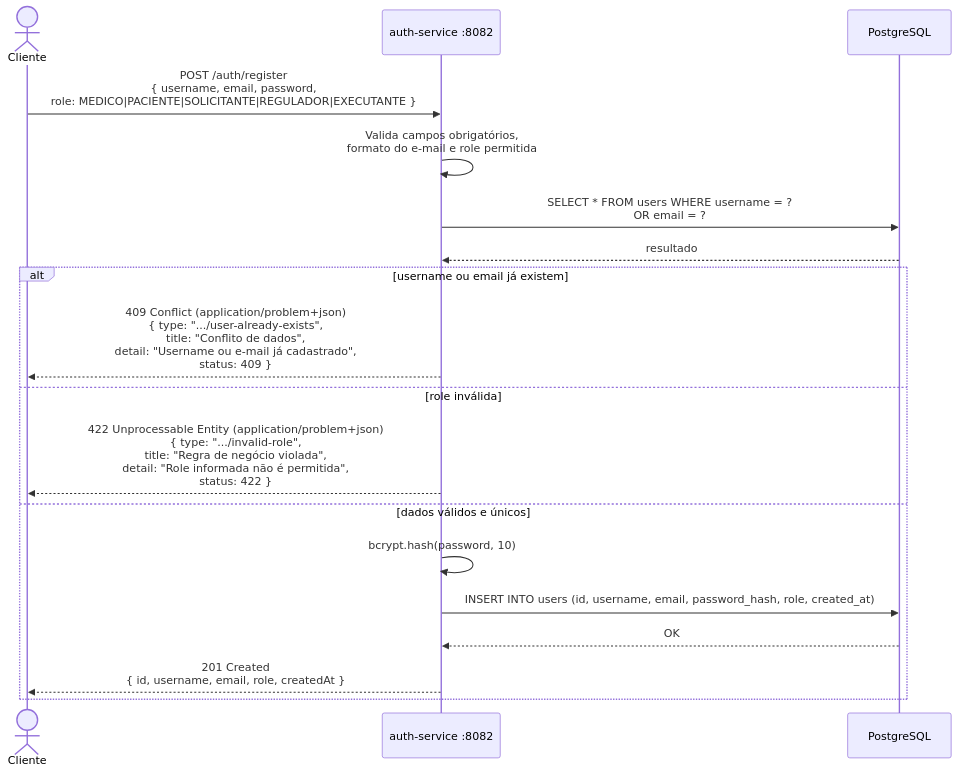
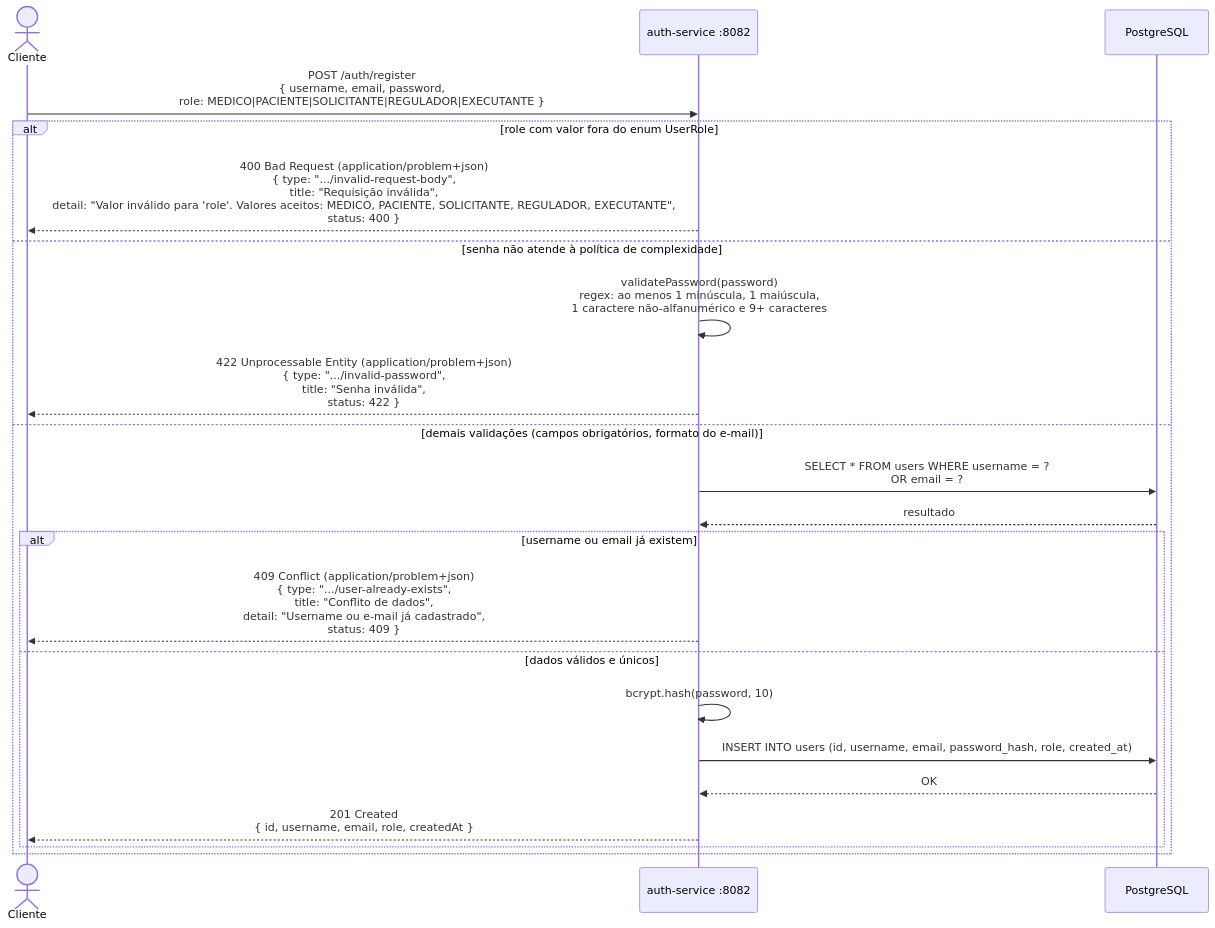
One commit to LucasBruner/Morbus changed the first of 13 diagrams in docs/sequencias-diagrama.md. Above: the diagram before and after it, drawn with Mermaid. The commit also changed other lines of this file and 235 other files, not shown here.

````diff
--- a/docs/sequencias-diagrama.md
+++ b/docs/sequencias-diagrama.md
@@ -24,24 +24,27 @@
 ```mermaid
 sequenceDiagram
     actor Cliente
     participant AuthService as auth-service :8082
     participant DB as PostgreSQL
 
     Cliente->>AuthService: POST /auth/register<br/>{ username, email, password,<br/>role: MEDICO|PACIENTE|SOLICITANTE|REGULADOR|EXECUTANTE }
 
-    AuthService->>AuthService: Valida campos obrigatórios,<br/>formato do e-mail e role permitida
+    alt role com valor fora do enum UserRole
+        AuthService-->>Cliente: 400 Bad Request (application/problem+json)<br/>{ type: ".../invalid-request-body",<br/>title: "Requisição inválida",<br/>detail: "Valor inválido para 'role'. Valores aceitos: MEDICO, PACIENTE, SOLICITANTE, REGULADOR, EXECUTANTE",<br/>status: 400 }
+    else senha não atende à política de complexidade
+        AuthService->>AuthService: validatePassword(password)<br/>regex: ao menos 1 minúscula, 1 maiúscula,<br/>1 caractere não-alfanumérico e 9+ caracteres
+        AuthService-->>Cliente: 422 Unprocessable Entity (application/problem+json)<br/>{ type: ".../invalid-password",<br/>title: "Senha inválida",<br/>status: 422 }
+    else demais validações (campos obrigatórios, formato do e-mail)
+        AuthService->>DB: SELECT * FROM users WHERE username = ?<br/>OR email = ?
+        DB-->>AuthService: resultado
 
-    AuthService->>DB: SELECT * FROM users WHERE username = ?<br/>OR email = ?
-    DB-->>AuthService: resultado
-
-    alt username ou email já existem
-        AuthService-->>Cliente: 409 Conflict (application/problem+json)<br/>{ type: ".../user-already-exists",<br/>title: "Conflito de dados",<br/>detail: "Username ou e-mail já cadastrado",<br/>status: 409 }
-    else role inválida
-        AuthService-->>Cliente: 422 Unprocessable Entity (application/problem+json)<br/>{ type: ".../invalid-role",<br/>title: "Regra de negócio violada",<br/>detail: "Role informada não é permitida",<br/>status: 422 }
-    else dados válidos e únicos
-        AuthService->>AuthService: bcrypt.hash(password, 10)
-        AuthService->>DB: INSERT INTO users (id, username, email, password_hash, role, created_at)
-        DB-->>AuthService: OK
-        AuthService-->>Cliente: 201 Created<br/>{ id, username, email, role, createdAt }
+        alt username ou email já existem
+            AuthService-->>Cliente: 409 Conflict (application/problem+json)<br/>{ type: ".../user-already-exists",<br/>title: "Conflito de dados",<br/>detail: "Username ou e-mail já cadastrado",<br/>status: 409 }
+        else dados válidos e únicos
+            AuthService->>AuthService: bcrypt.hash(password, 10)
+            AuthService->>DB: INSERT INTO users (id, username, email, password_hash, role, created_at)
+            DB-->>AuthService: OK
+            AuthService-->>Cliente: 201 Created<br/>{ id, username, email, role, createdAt }
+        end
     end
 ```
````
